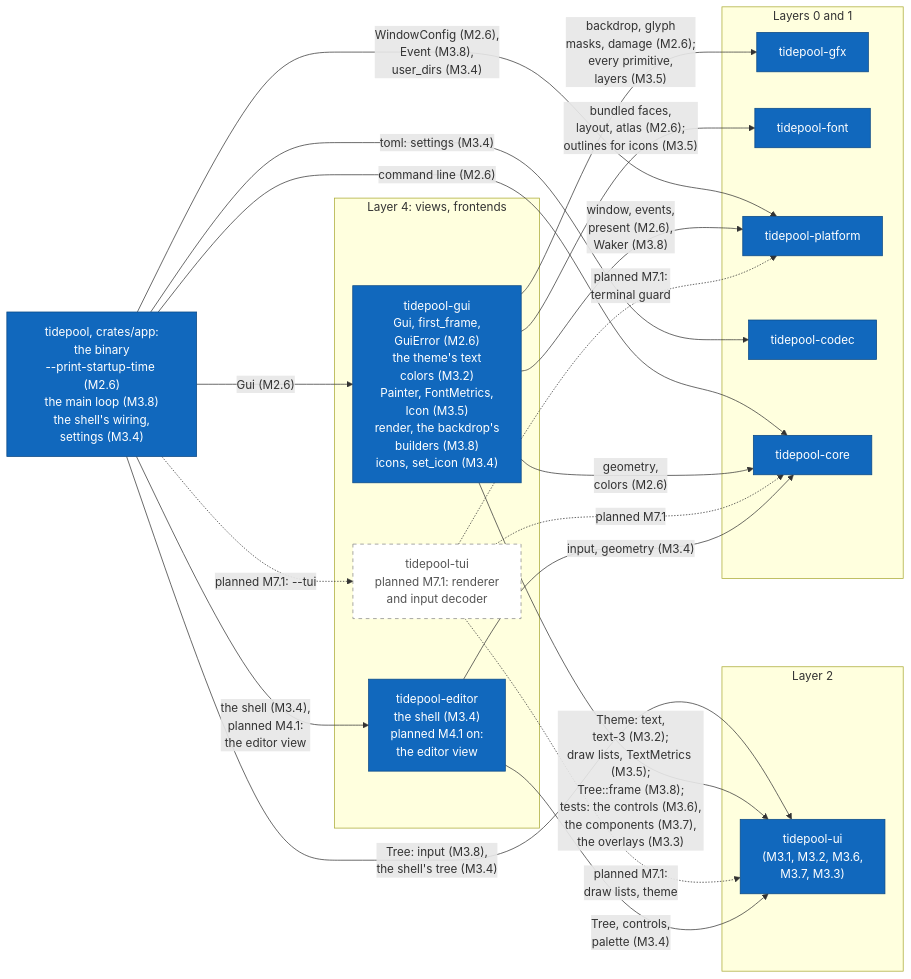
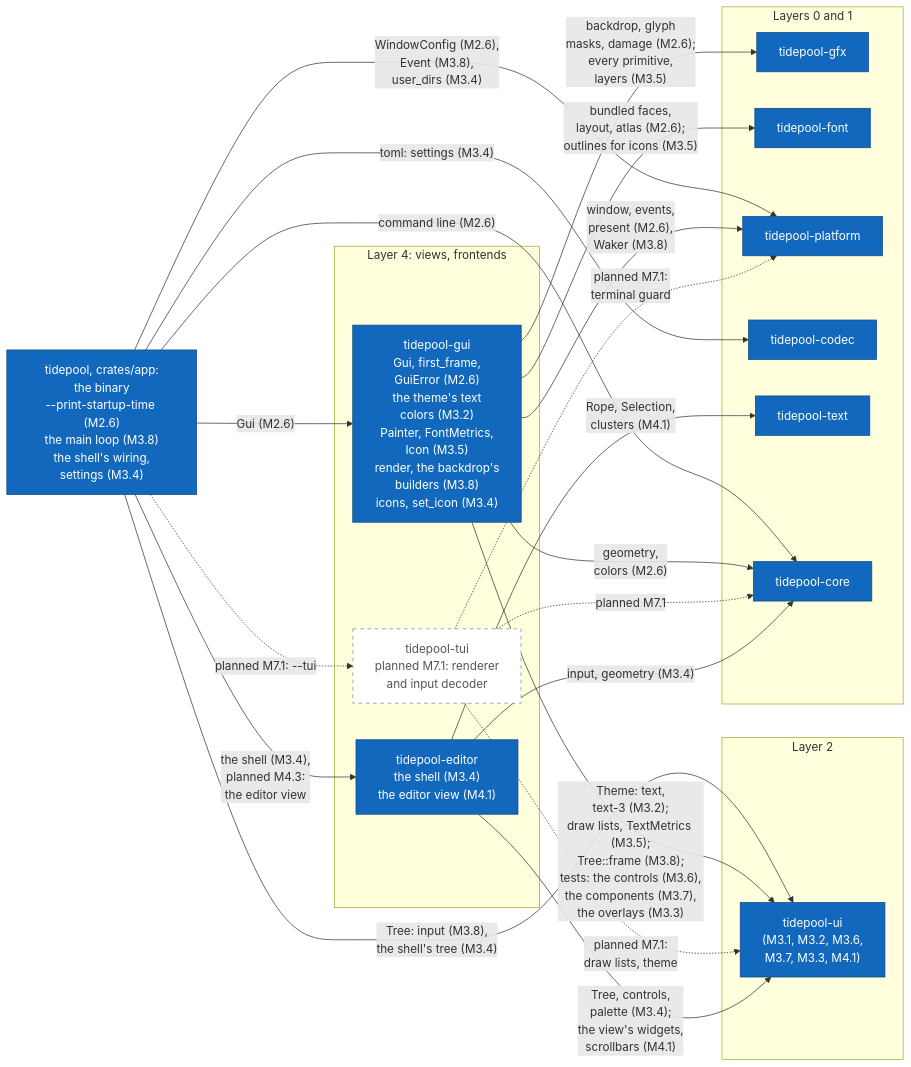
The tenth of 17 diagrams in diagrams/c4-architecture.md (jabbott-iii/Tidepool), drawn with Mermaid before and after one commit. The commit also changed other lines of this file and 49 other files, not shown here.

````diff
--- a/diagrams/c4-architecture.md
+++ b/diagrams/c4-architecture.md
@@ -548,42 +551,44 @@
 ```mermaid
 flowchart LR
     k_app["tidepool, crates/app:<br/>the binary<br/>--print-startup-time (M2.6)<br/>the main loop (M3.8)<br/>the shell's wiring,<br/>settings (M3.4)"]
     subgraph L4["Layer 4: views, frontends"]
-        k_editor["tidepool-editor<br/>the shell (M3.4)<br/>planned M4.1 on:<br/>the editor view"]
+        k_editor["tidepool-editor<br/>the shell (M3.4)<br/>the editor view (M4.1)"]
         k_gui["tidepool-gui<br/>Gui, first_frame,<br/>GuiError (M2.6)<br/>the theme's text<br/>colors (M3.2)<br/>Painter, FontMetrics,<br/>Icon (M3.5)<br/>render, the backdrop's<br/>builders (M3.8)<br/>icons, set_icon (M3.4)"]
         k_tui["tidepool-tui<br/>planned M7.1: renderer<br/>and input decoder"]
     end
     subgraph L2["Layer 2"]
-        k_ui["tidepool-ui<br/>(M3.1, M3.2, M3.6,<br/>M3.7, M3.3)"]
+        k_ui["tidepool-ui<br/>(M3.1, M3.2, M3.6,<br/>M3.7, M3.3, M4.1)"]
     end
     subgraph L01["Layers 0 and 1"]
         k_gfx["tidepool-gfx"]
         k_font["tidepool-font"]
         k_platform["tidepool-platform"]
         k_codec["tidepool-codec"]
+        k_text["tidepool-text"]
         k_core["tidepool-core"]
     end
 
     k_app -->|"Gui (M2.6)"| k_gui
     k_app -.->|"planned M7.1: --tui"| k_tui
-    k_app -->|"the shell (M3.4),<br/>planned M4.1:<br/>the editor view"| k_editor
+    k_app -->|"the shell (M3.4),<br/>planned M4.3:<br/>the editor view"| k_editor
     k_app -->|"Tree: input (M3.8),<br/>the shell's tree (M3.4)"| k_ui
     k_app -->|"toml: settings (M3.4)"| k_codec
     k_app -->|"WindowConfig (M2.6),<br/>Event (M3.8),<br/>user_dirs (M3.4)"| k_platform
     k_app -->|"command line (M2.6)"| k_core
     k_gui -->|"geometry,<br/>colors (M2.6)"| k_core
     k_gui -->|"window, events,<br/>present (M2.6),<br/>Waker (M3.8)"| k_platform
     k_gui -->|"backdrop, glyph<br/>masks, damage (M2.6);<br/>every primitive,<br/>layers (M3.5)"| k_gfx
     k_gui -->|"bundled faces,<br/>layout, atlas (M2.6);<br/>outlines for icons (M3.5)"| k_font
     k_gui -->|"Theme: text,<br/>text-3 (M3.2);<br/>draw lists, TextMetrics (M3.5);<br/>Tree::frame (M3.8);<br/>tests: the controls (M3.6),<br/>the components (M3.7),<br/>the overlays (M3.3)"| k_ui
     k_tui -.->|"planned M7.1"| k_core
     k_tui -.->|"planned M7.1:<br/>terminal guard"| k_platform
     k_tui -.->|"planned M7.1:<br/>draw lists, theme"| k_ui
-    k_editor -->|"Tree, controls,<br/>palette (M3.4)"| k_ui
+    k_editor -->|"Tree, controls,<br/>palette (M3.4);<br/>the view's widgets,<br/>scrollbars (M4.1)"| k_ui
     k_editor -->|"input, geometry (M3.4)"| k_core
+    k_editor -->|"Rope, Selection,<br/>clusters (M4.1)"| k_text
 
     classDef built fill:#1168bd,stroke:#0b4884,color:#ffffff
     classDef planned fill:#ffffff,stroke:#888888,stroke-dasharray: 5 5,color:#555555
-    class k_app,k_editor,k_gui,k_platform,k_codec,k_gfx,k_font,k_core,k_ui built
+    class k_app,k_editor,k_gui,k_platform,k_codec,k_text,k_gfx,k_font,k_core,k_ui built
     class k_tui planned
 ```
````
